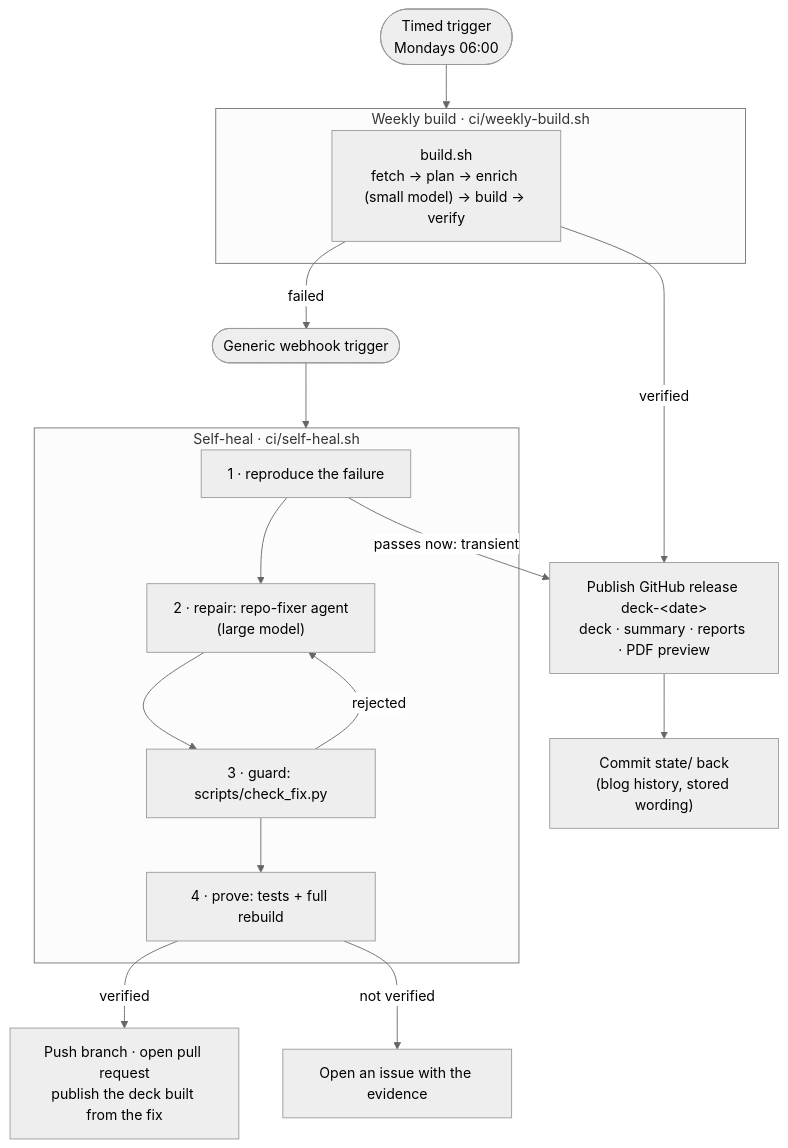
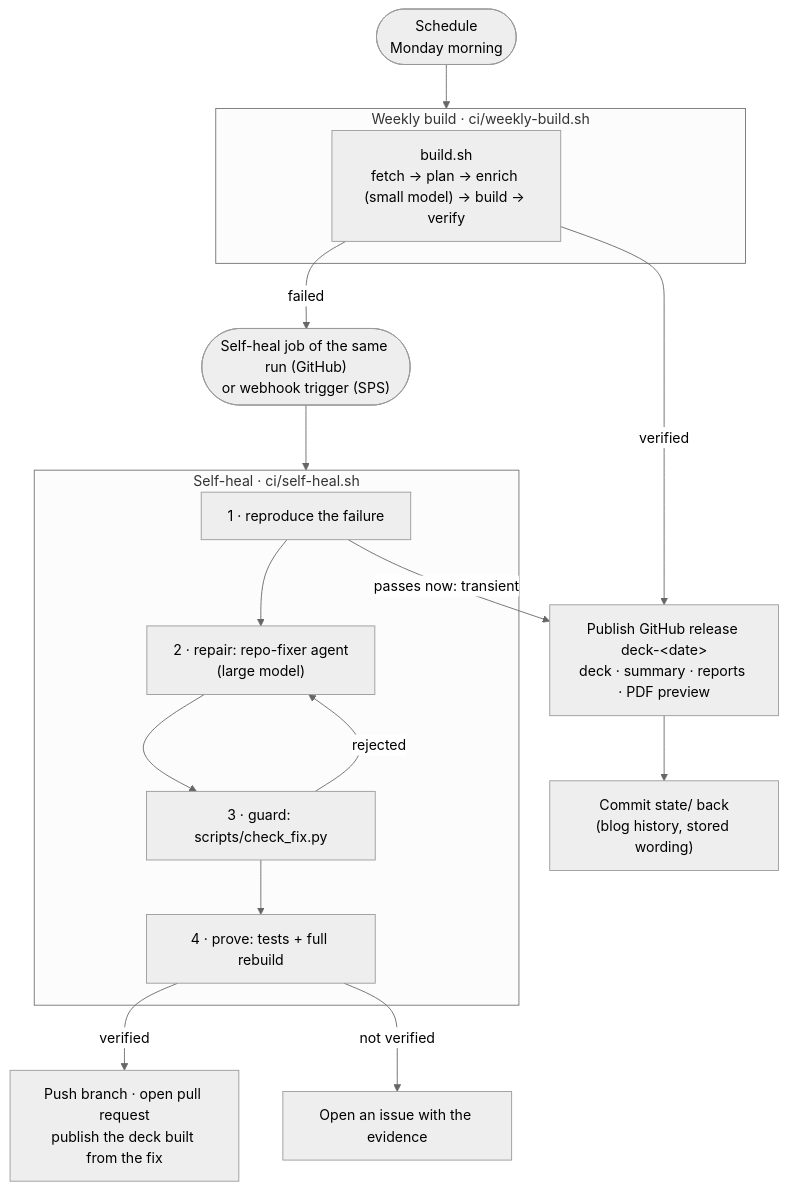
The diagram in docs/pipelines.md (nikitastetskiy/agentic-clm), drawn with Mermaid (neutral theme) before and after one commit. The commit also changed other lines of this file and 9 other files, not shown here.

First line of the commit message:
Run the weekly build and self-heal on GitHub Actions

````diff
--- a/docs/pipelines.md
+++ b/docs/pipelines.md
@@ -6,20 +8,20 @@
 ```mermaid
 flowchart TD
-    T(["Timed trigger<br/>Mondays 06:00"]) --> W
+    T(["Schedule<br/>Monday morning"]) --> W
     subgraph W [Weekly build · ci/weekly-build.sh]
       W1["build.sh<br/>fetch → plan → enrich (small model) → build → verify"]
     end
     W1 -->|verified| P["Publish GitHub release deck-&lt;date&gt;<br/>deck · summary · reports · PDF preview"]
     P --> S["Commit state/ back<br/>(blog history, stored wording)"]
-    W1 -->|failed| H(["Generic webhook trigger"])
+    W1 -->|failed| H(["Self-heal job of the same run (GitHub)<br/>or webhook trigger (SPS)"])
     H --> R
     subgraph R [Self-heal · ci/self-heal.sh]
       R1["1 · reproduce the failure"] --> R2["2 · repair: repo-fixer agent<br/>(large model)"]
       R2 --> R3["3 · guard: scripts/check_fix.py"]
       R3 --> R4["4 · prove: tests + full rebuild"]
     end
     R1 -->|passes now: transient| P
     R4 -->|verified| PR["Push branch · open pull request<br/>publish the deck built from the fix"]
     R3 -->|rejected| R2
     R4 -->|not verified| I["Open an issue with the evidence"]
 ```
````
